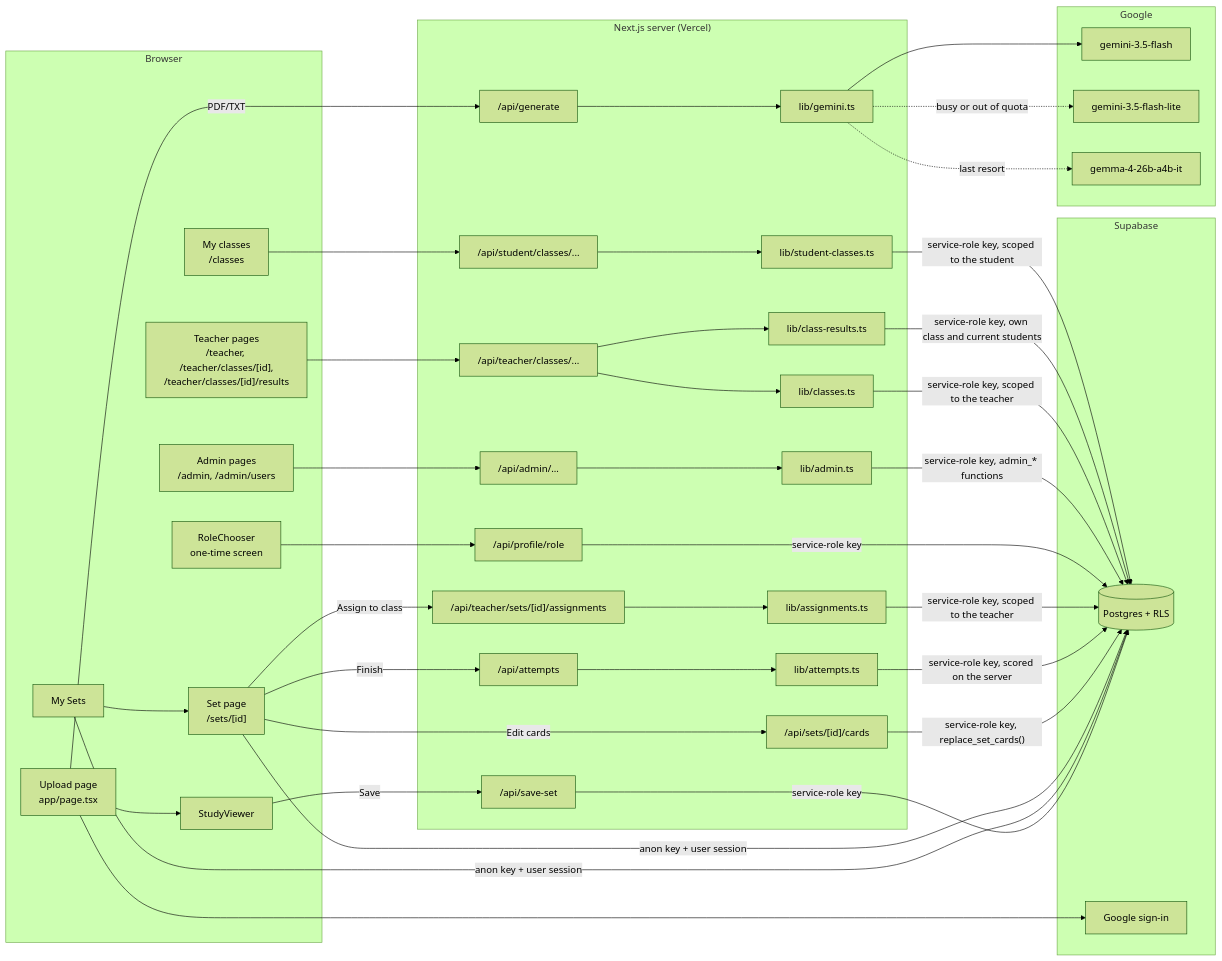
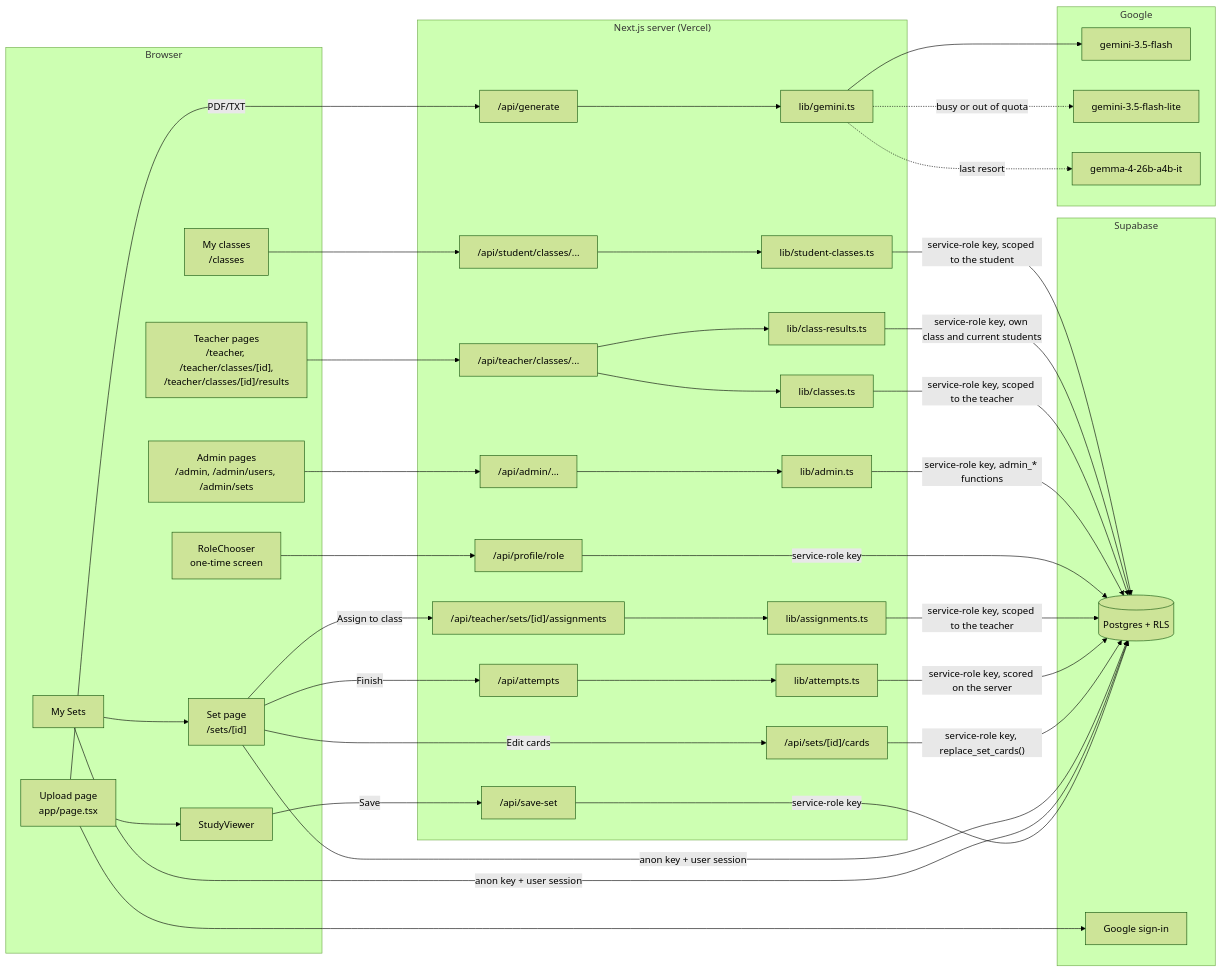
The diagram in docs/ARCHITECTURE.md (GABRIEL-CSTND/FlashForge), drawn with Mermaid (forest theme) before and after one commit. The commit also changed other lines of this file and 13 other files, not shown here.

````diff
--- a/docs/ARCHITECTURE.md
+++ b/docs/ARCHITECTURE.md
@@ -8,50 +8,50 @@
 ```mermaid
 flowchart LR
   subgraph Browser
     U[Upload page<br/>app/page.tsx] --> SV[StudyViewer]
     MS[My Sets] --> SP["Set page<br/>/sets/[id]"]
     RC[RoleChooser<br/>one-time screen]
-    AP["Admin pages<br/>/admin, /admin/users"]
+    AP["Admin pages<br/>/admin, /admin/users, /admin/sets"]
     T["Teacher pages<br/>/teacher, /teacher/classes/[id],<br/>/teacher/classes/[id]/results"]
     MC["My classes<br/>/classes"]
   end
   subgraph "Next.js server (Vercel)"
     G["/api/generate"] --> AI[lib/gemini.ts]
     S["/api/save-set"]
     EC["/api/sets/[id]/cards"]
     AS["/api/teacher/sets/[id]/assignments"] --> ASL[lib/assignments.ts]
     R["/api/profile/role"]
     AA["/api/admin/..."] --> ADL[lib/admin.ts]
     TC["/api/teacher/classes/..."] --> CL[lib/classes.ts]
     TC --> CR[lib/class-results.ts]
     SC["/api/student/classes/..."] --> SCL[lib/student-classes.ts]
     AT["/api/attempts"] --> ATL[lib/attempts.ts]
   end
   subgraph Google
     AI --> M1[gemini-3.5-flash]
     AI -.->|busy or out of quota| M2[gemini-3.5-flash-lite]
     AI -.->|last resort| M3[gemma-4-26b-a4b-it]
   end
   subgraph Supabase
     DB[(Postgres + RLS)]
     AUTH[Google sign-in]
   end
   U -->|PDF/TXT| G
   SV -->|Save| S -->|service-role key| DB
   MS -->|anon key + user session| DB
   SP -->|anon key + user session| DB
   SP -->|Edit cards| EC -->|"service-role key, replace_set_cards()"| DB
   SP -->|Assign to class| AS
   SP -->|Finish| AT
   ATL -->|service-role key, scored on the server| DB
   ASL -->|service-role key, scoped to the teacher| DB
   U --> AUTH
   RC --> R -->|service-role key| DB
   AP --> AA
   ADL -->|"service-role key, admin_* functions"| DB
   T --> TC
   CL -->|service-role key, scoped to the teacher| DB
   CR -->|service-role key, own class and current students| DB
   MC --> SC
   SCL -->|service-role key, scoped to the student| DB
 ```
````
